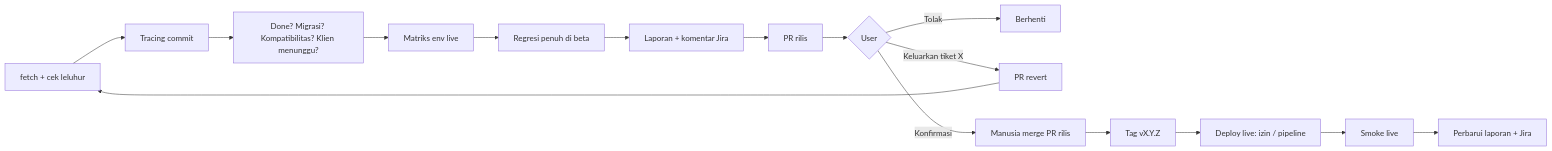
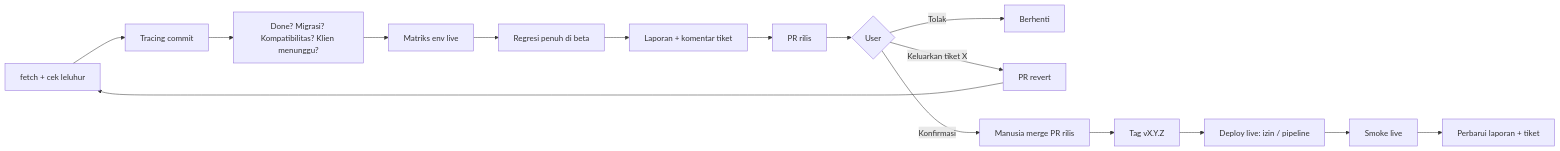
Before and after one commit to roiskhoiron/Backend-Agent-Workflow: the diagram in skills/branch-manager/SKILL.md, drawn with Mermaid. The commit also changed other lines of this file and 41 other files, not shown here.

First line of the commit message:
feat: platform tiket umum (GitHub Projects, GitLab board, Jira), default none

````diff
--- a/skills/branch-manager/SKILL.md
+++ b/skills/branch-manager/SKILL.md
@@ -10,8 +10,8 @@
 ```mermaid
 flowchart LR
   F[fetch + cek leluhur] --> T[Tracing commit] --> C[Done? Migrasi? Kompatibilitas? Klien menunggu?]
-  C --> ML[Matriks env live] --> RG[Regresi penuh di beta] --> D[Laporan + komentar Jira] --> P[PR rilis] --> Q{User}
+  C --> ML[Matriks env live] --> RG[Regresi penuh di beta] --> D[Laporan + komentar tiket] --> P[PR rilis] --> Q{User}
   Q -- Tolak --> S[Berhenti]
   Q -- Keluarkan tiket X --> R[PR revert] --> F
-  Q -- Konfirmasi --> W[Manusia merge PR rilis] --> G[Tag vX.Y.Z] --> L[Deploy live: izin / pipeline] --> SM[Smoke live] --> U[Perbarui laporan + Jira]
+  Q -- Konfirmasi --> W[Manusia merge PR rilis] --> G[Tag vX.Y.Z] --> L[Deploy live: izin / pipeline] --> SM[Smoke live] --> U[Perbarui laporan + tiket]
 ```
````
